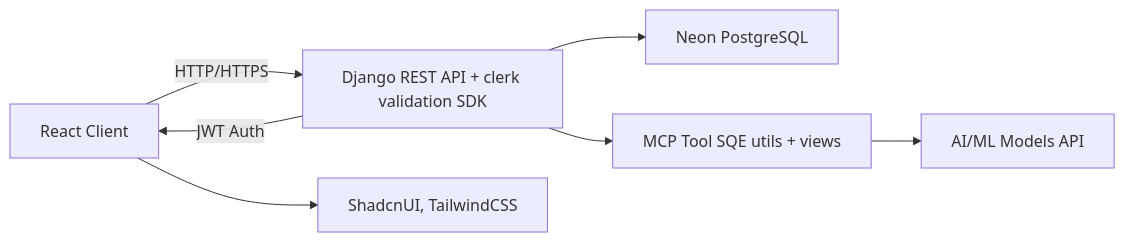
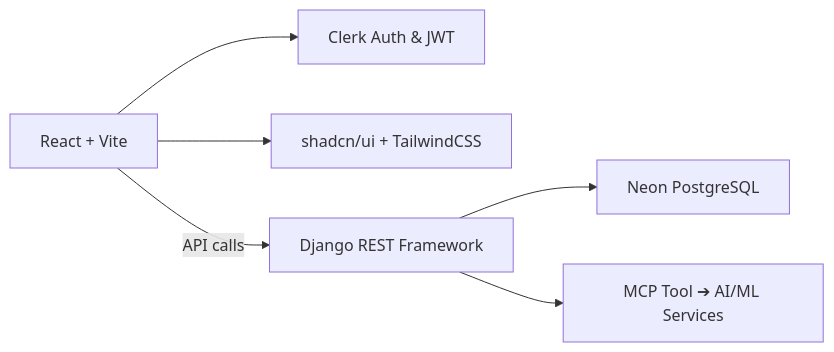
Before and after one commit to unmatched78/Note-LearnI: the diagram in README.md, drawn with Mermaid. The commit also changed other lines of this file, not shown here.

````diff
--- a/README.md
+++ b/README.md
@@ -85,8 +57,8 @@
 ```mermaid
 flowchart LR
-    A[React Client] -- HTTP/HTTPS --> B[Django REST API + clerk validation SDK]
-    B --> C[Neon PostgreSQL]
-    B -- JWT Auth --> A
-    B --> D[MCP Tool SQE utils + views] --> E[AI/ML Models API]
-    A --> F[ShadcnUI, TailwindCSS]
+  A[React + Vite] --> B[Clerk Auth & JWT]
+  A --> C[shadcn/ui + TailwindCSS]
+  A -- API calls --> D[Django REST Framework]
+  D --> E[Neon PostgreSQL]
+  D --> F[MCP Tool ➔ AI/ML Services]
 ```
````
